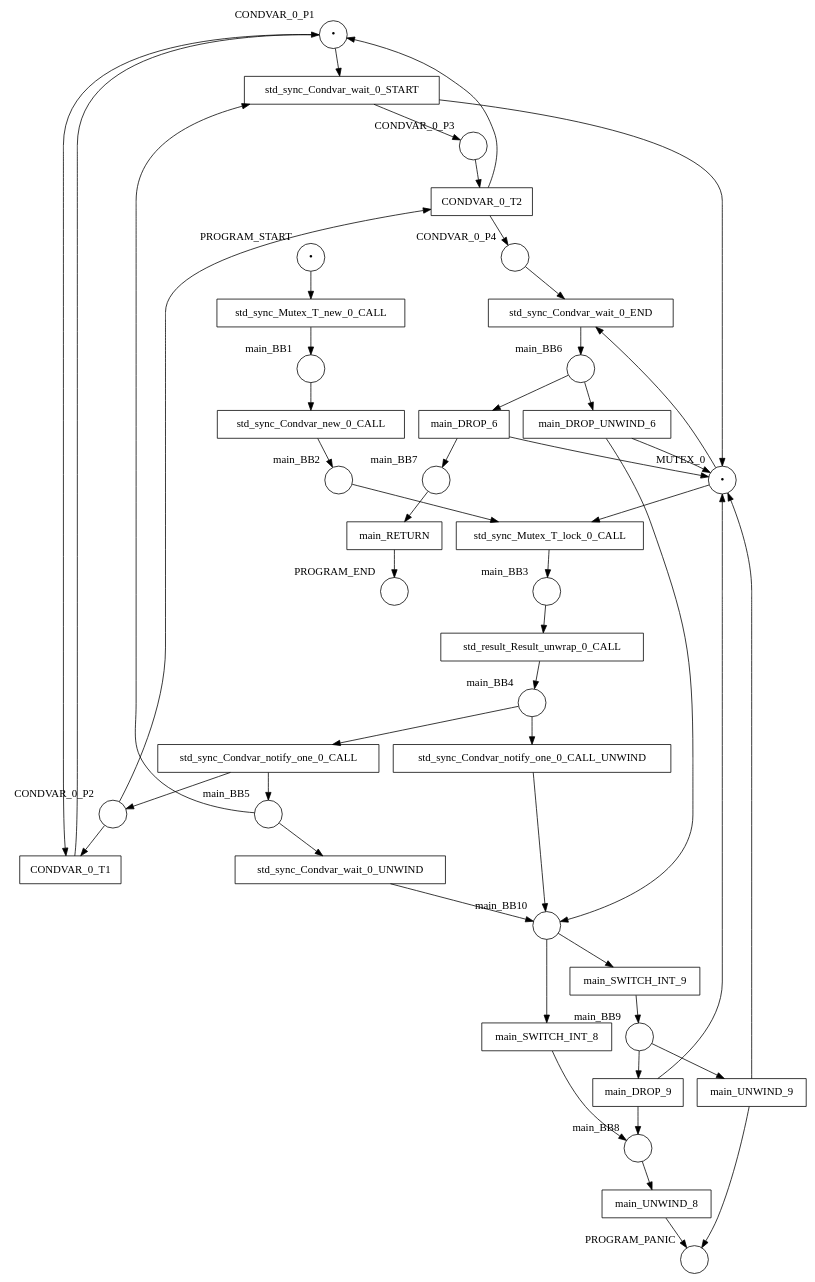
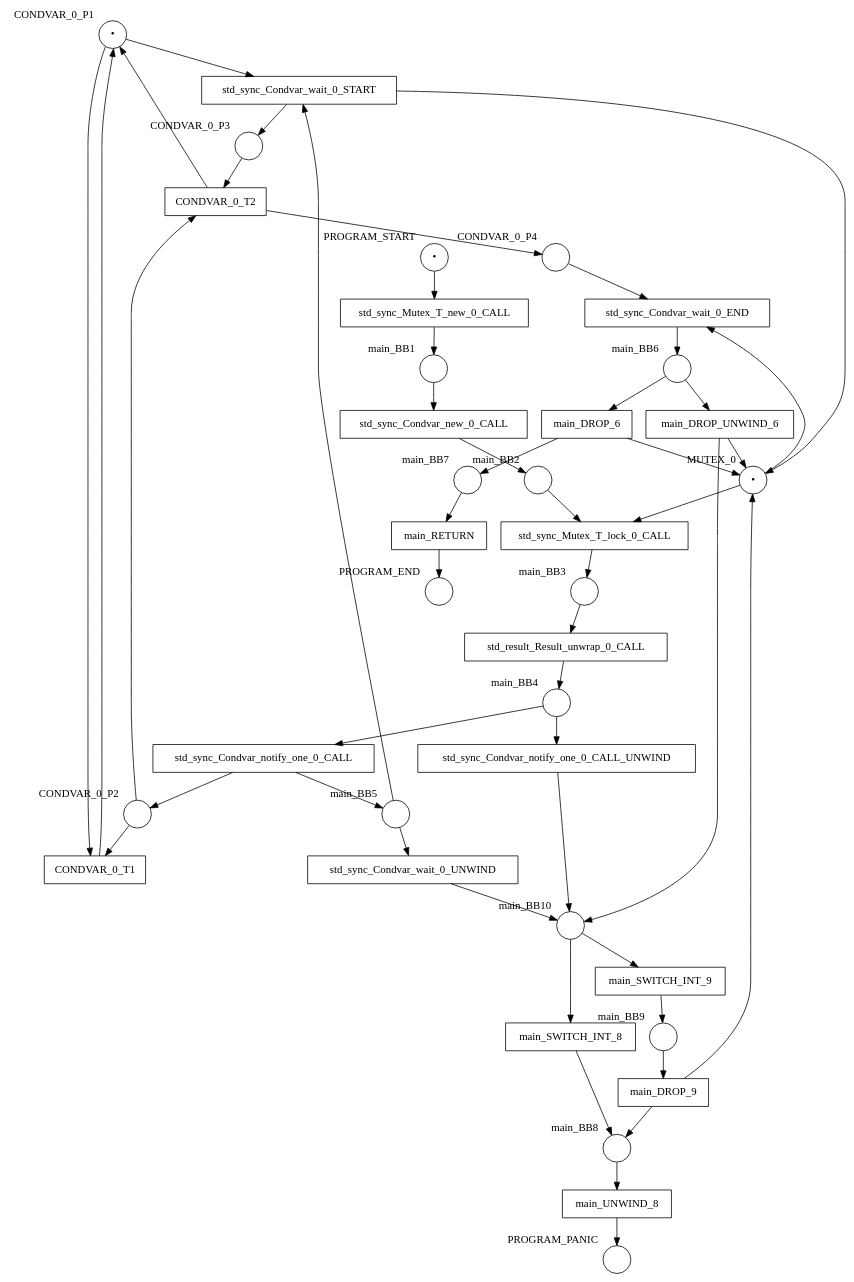
One commit to hlisdero/cargo-check-deadlock changed the diagram in examples/results/condvar/self_notify_lost_signal/net.dot. Above: the diagram before and after it, drawn with Graphviz. The commit also changed 38 other files, not shown here.

```diff
--- a/examples/results/condvar/self_notify_lost_signal/net.dot
+++ b/examples/results/condvar/self_notify_lost_signal/net.dot
@@ -1,89 +1,85 @@
 digraph petrinet {
     CONDVAR_0_P1 [shape="circle" xlabel="CONDVAR_0_P1" label="•"];
     CONDVAR_0_P2 [shape="circle" xlabel="CONDVAR_0_P2" label=""];
     CONDVAR_0_P3 [shape="circle" xlabel="CONDVAR_0_P3" label=""];
     CONDVAR_0_P4 [shape="circle" xlabel="CONDVAR_0_P4" label=""];
     MUTEX_0 [shape="circle" xlabel="MUTEX_0" label="•"];
     PROGRAM_END [shape="circle" xlabel="PROGRAM_END" label=""];
     PROGRAM_PANIC [shape="circle" xlabel="PROGRAM_PANIC" label=""];
     PROGRAM_START [shape="circle" xlabel="PROGRAM_START" label="•"];
     main_BB1 [shape="circle" xlabel="main_BB1" label=""];
     main_BB10 [shape="circle" xlabel="main_BB10" label=""];
     main_BB2 [shape="circle" xlabel="main_BB2" label=""];
     main_BB3 [shape="circle" xlabel="main_BB3" label=""];
     main_BB4 [shape="circle" xlabel="main_BB4" label=""];
     main_BB5 [shape="circle" xlabel="main_BB5" label=""];
     main_BB6 [shape="circle" xlabel="main_BB6" label=""];
     main_BB7 [shape="circle" xlabel="main_BB7" label=""];
     main_BB8 [shape="circle" xlabel="main_BB8" label=""];
     main_BB9 [shape="circle" xlabel="main_BB9" label=""];
     CONDVAR_0_T1 [shape="box" xlabel="" label="CONDVAR_0_T1"];
     CONDVAR_0_T2 [shape="box" xlabel="" label="CONDVAR_0_T2"];
     main_DROP_6 [shape="box" xlabel="" label="main_DROP_6"];
     main_DROP_9 [shape="box" xlabel="" label="main_DROP_9"];
     main_DROP_UNWIND_6 [shape="box" xlabel="" label="main_DROP_UNWIND_6"];
     main_RETURN [shape="box" xlabel="" label="main_RETURN"];
     main_SWITCH_INT_8 [shape="box" xlabel="" label="main_SWITCH_INT_8"];
     main_SWITCH_INT_9 [shape="box" xlabel="" label="main_SWITCH_INT_9"];
     main_UNWIND_8 [shape="box" xlabel="" label="main_UNWIND_8"];
-    main_UNWIND_9 [shape="box" xlabel="" label="main_UNWIND_9"];
     std_result_Result_unwrap_0_CALL [shape="box" xlabel="" label="std_result_Result_unwrap_0_CALL"];
     std_sync_Condvar_new_0_CALL [shape="box" xlabel="" label="std_sync_Condvar_new_0_CALL"];
     std_sync_Condvar_notify_one_0_CALL [shape="box" xlabel="" label="std_sync_Condvar_notify_one_0_CALL"];
     std_sync_Condvar_notify_one_0_CALL_UNWIND [shape="box" xlabel="" label="std_sync_Condvar_notify_one_0_CALL_UNWIND"];
     std_sync_Condvar_wait_0_END [shape="box" xlabel="" label="std_sync_Condvar_wait_0_END"];
     std_sync_Condvar_wait_0_START [shape="box" xlabel="" label="std_sync_Condvar_wait_0_START"];
     std_sync_Condvar_wait_0_UNWIND [shape="box" xlabel="" label="std_sync_Condvar_wait_0_UNWIND"];
     std_sync_Mutex_T_lock_0_CALL [shape="box" xlabel="" label="std_sync_Mutex_T_lock_0_CALL"];
     std_sync_Mutex_T_new_0_CALL [shape="box" xlabel="" label="std_sync_Mutex_T_new_0_CALL"];
     CONDVAR_0_P1 -> CONDVAR_0_T1;
     CONDVAR_0_P1 -> std_sync_Condvar_wait_0_START;
     CONDVAR_0_P2 -> CONDVAR_0_T1;
     CONDVAR_0_P2 -> CONDVAR_0_T2;
     CONDVAR_0_P3 -> CONDVAR_0_T2;
     CONDVAR_0_P4 -> std_sync_Condvar_wait_0_END;
     MUTEX_0 -> std_sync_Condvar_wait_0_END;
     MUTEX_0 -> std_sync_Mutex_T_lock_0_CALL;
     PROGRAM_START -> std_sync_Mutex_T_new_0_CALL;
     main_BB1 -> std_sync_Condvar_new_0_CALL;
     main_BB10 -> main_SWITCH_INT_8;
     main_BB10 -> main_SWITCH_INT_9;
     main_BB2 -> std_sync_Mutex_T_lock_0_CALL;
     main_BB3 -> std_result_Result_unwrap_0_CALL;
     main_BB4 -> std_sync_Condvar_notify_one_0_CALL;
     main_BB4 -> std_sync_Condvar_notify_one_0_CALL_UNWIND;
     main_BB5 -> std_sync_Condvar_wait_0_START;
     main_BB5 -> std_sync_Condvar_wait_0_UNWIND;
     main_BB6 -> main_DROP_6;
     main_BB6 -> main_DROP_UNWIND_6;
     main_BB7 -> main_RETURN;
     main_BB8 -> main_UNWIND_8;
     main_BB9 -> main_DROP_9;
-    main_BB9 -> main_UNWIND_9;
     CONDVAR_0_T1 -> CONDVAR_0_P1;
     CONDVAR_0_T2 -> CONDVAR_0_P1;
     CONDVAR_0_T2 -> CONDVAR_0_P4;
     main_DROP_6 -> MUTEX_0;
     main_DROP_6 -> main_BB7;
     main_DROP_9 -> MUTEX_0;
     main_DROP_9 -> main_BB8;
     main_DROP_UNWIND_6 -> MUTEX_0;
     main_DROP_UNWIND_6 -> main_BB10;
     main_RETURN -> PROGRAM_END;
     main_SWITCH_INT_8 -> main_BB8;
     main_SWITCH_INT_9 -> main_BB9;
     main_UNWIND_8 -> PROGRAM_PANIC;
-    main_UNWIND_9 -> MUTEX_0;
-    main_UNWIND_9 -> PROGRAM_PANIC;
     std_result_Result_unwrap_0_CALL -> main_BB4;
     std_sync_Condvar_new_0_CALL -> main_BB2;
     std_sync_Condvar_notify_one_0_CALL -> CONDVAR_0_P2;
     std_sync_Condvar_notify_one_0_CALL -> main_BB5;
     std_sync_Condvar_notify_one_0_CALL_UNWIND -> main_BB10;
     std_sync_Condvar_wait_0_END -> main_BB6;
     std_sync_Condvar_wait_0_START -> CONDVAR_0_P3;
     std_sync_Condvar_wait_0_START -> MUTEX_0;
     std_sync_Condvar_wait_0_UNWIND -> main_BB10;
     std_sync_Mutex_T_lock_0_CALL -> main_BB3;
     std_sync_Mutex_T_new_0_CALL -> main_BB1;
 }
```
